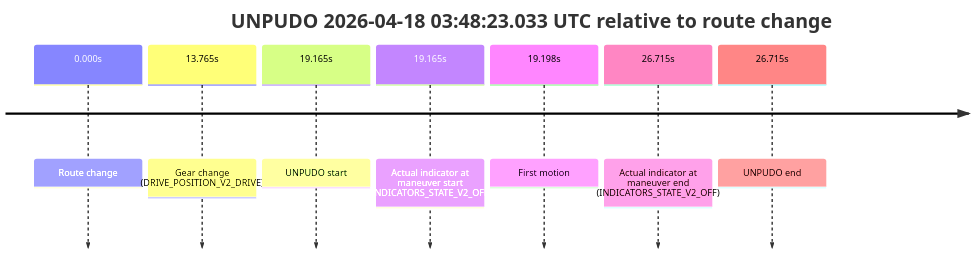
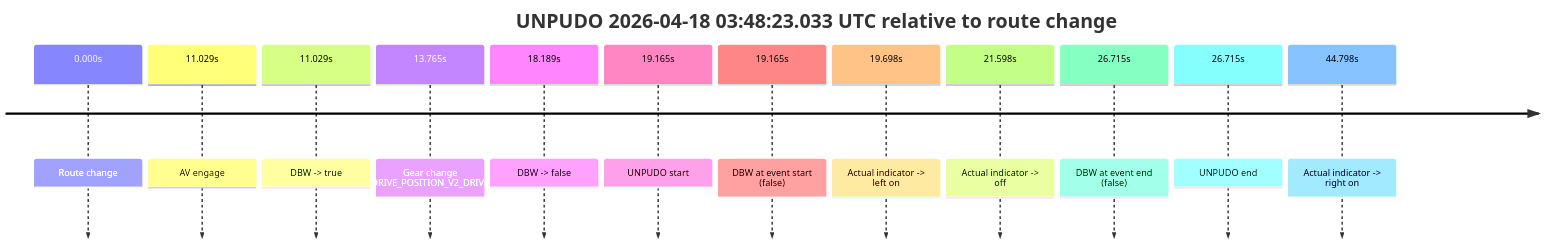
Before and after one commit to yoelshapiro/vault: diagram 11 of 13 in model_analysis/report_cards/2026/04/Week-3/fme10003--2026-04-18--02-47-41--gen2-av-8858cd5c-761b-4219-adaf-0d47252e47fd.md, drawn with Mermaid. The commit also changed other lines of this file and 41 other files, not shown here.

````diff
--- a/model_analysis/report_cards/2026/04/Week-3/fme10003--2026-04-18--02-47-41--gen2-av-8858cd5c-761b-4219-adaf-0d47252e47fd.md
+++ b/model_analysis/report_cards/2026/04/Week-3/fme10003--2026-04-18--02-47-41--gen2-av-8858cd5c-761b-4219-adaf-0d47252e47fd.md
@@ -1028,11 +979,16 @@
 ```mermaid
 timeline
     title UNPUDO 2026-04-18 03:48:23.033 UTC relative to route change
     0.000s : Route change
+    11.029s : AV engage
+    11.029s : DBW -> true
     13.765s : Gear change (DRIVE_POSITION_V2_DRIVE)
+    18.189s : DBW -> false
     19.165s : UNPUDO start
-    19.165s : Actual indicator at maneuver start (INDICATORS_STATE_V2_OFF)
-    19.198s : First motion
-    26.715s : Actual indicator at maneuver end (INDICATORS_STATE_V2_OFF)
+    19.165s : DBW at event start (false)
+    19.698s : Actual indicator -> left on
+    21.598s : Actual indicator -> off
+    26.715s : DBW at event end (false)
     26.715s : UNPUDO end
+    44.798s : Actual indicator -> right on
 ```
````
